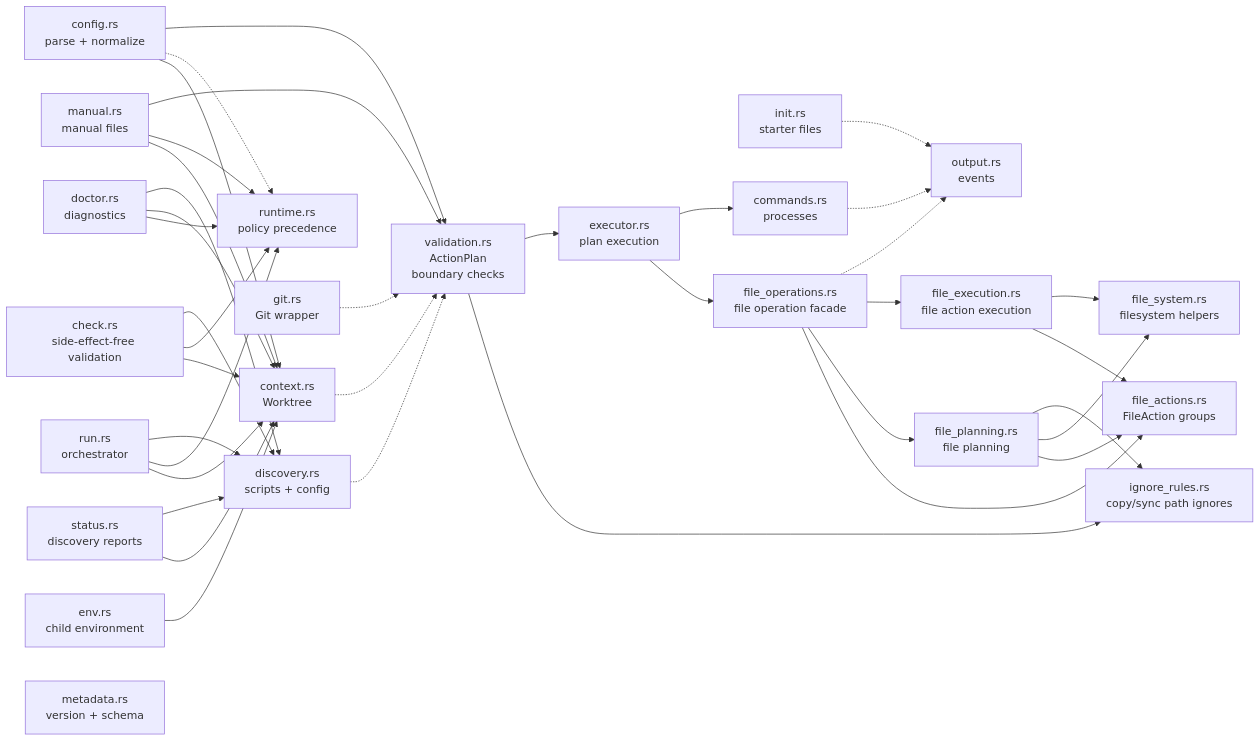
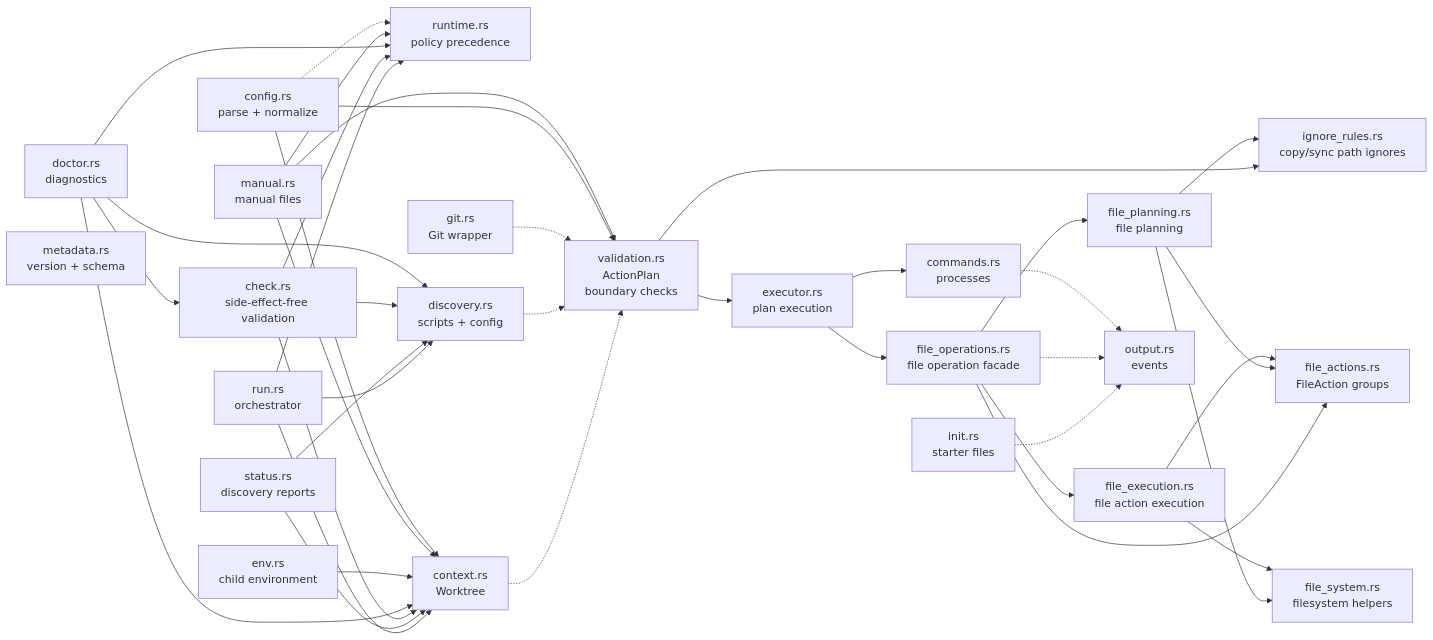
Before and after one commit to jimeh/treeboot: the fifth of 5 diagrams in docs/ARCHITECTURE.md, drawn with Mermaid. The commit also changed other lines of this file and 2 other files, not shown here.

````diff
--- a/docs/ARCHITECTURE.md
+++ b/docs/ARCHITECTURE.md
@@ -205,63 +205,64 @@
 ```mermaid
 flowchart LR
   RUN["run.rs<br/>orchestrator"]
   STATUS["status.rs<br/>discovery reports"]
   CHECK["check.rs<br/>side-effect-free validation"]
   DOCTOR["doctor.rs<br/>diagnostics"]
   ENV["env.rs<br/>child environment"]
   MANUAL["manual.rs<br/>manual files"]
   CONFIG["config.rs<br/>parse + normalize"]
   RUNTIME["runtime.rs<br/>policy precedence"]
   INIT["init.rs<br/>starter files"]
   META["metadata.rs<br/>version + schema"]
   CONTEXT["context.rs<br/>Worktree"]
   DISC["discovery.rs<br/>scripts + config"]
   GIT["git.rs<br/>Git wrapper"]
   IGNORE["ignore_rules.rs<br/>copy/sync path ignores"]
   EXEC["executor.rs<br/>plan execution"]
   VALID["validation.rs<br/>ActionPlan<br/>boundary checks"]
   FILE_ACTIONS["file_actions.rs<br/>FileAction groups"]
   FILE_OPS["file_operations.rs<br/>file operation facade"]
   FILE_PLANNING["file_planning.rs<br/>file planning"]
   FILE_EXECUTION["file_execution.rs<br/>file action execution"]
   FILE_SYSTEM["file_system.rs<br/>filesystem helpers"]
   CMDS["commands.rs<br/>processes"]
   OUT["output.rs<br/>events"]
 
   RUN --> CONTEXT
   RUN --> RUNTIME
   RUN --> DISC
   STATUS --> CONTEXT
   STATUS --> DISC
   CHECK --> CONTEXT
   CHECK --> RUNTIME
   CHECK --> DISC
   DOCTOR --> RUNTIME
   DOCTOR --> CONTEXT
   DOCTOR --> DISC
+  DOCTOR --> CHECK
   ENV --> CONTEXT
   MANUAL --> CONTEXT
   MANUAL --> RUNTIME
   CONFIG --> CONTEXT
   CONFIG -.-> RUNTIME
   CONTEXT -.-> VALID
   DISC -.-> VALID
   GIT -.-> VALID
   CONFIG --> VALID
   MANUAL --> VALID
   VALID --> IGNORE
   FILE_OPS --> FILE_ACTIONS
   FILE_OPS --> FILE_PLANNING
   FILE_OPS --> FILE_EXECUTION
   FILE_PLANNING --> FILE_ACTIONS
   FILE_PLANNING --> FILE_SYSTEM
   FILE_PLANNING --> IGNORE
   FILE_EXECUTION --> FILE_ACTIONS
   FILE_EXECUTION --> FILE_SYSTEM
   VALID --> EXEC
   EXEC --> FILE_OPS
   EXEC --> CMDS
   INIT -.-> OUT
   FILE_OPS -.-> OUT
   CMDS -.-> OUT
 ```
````
